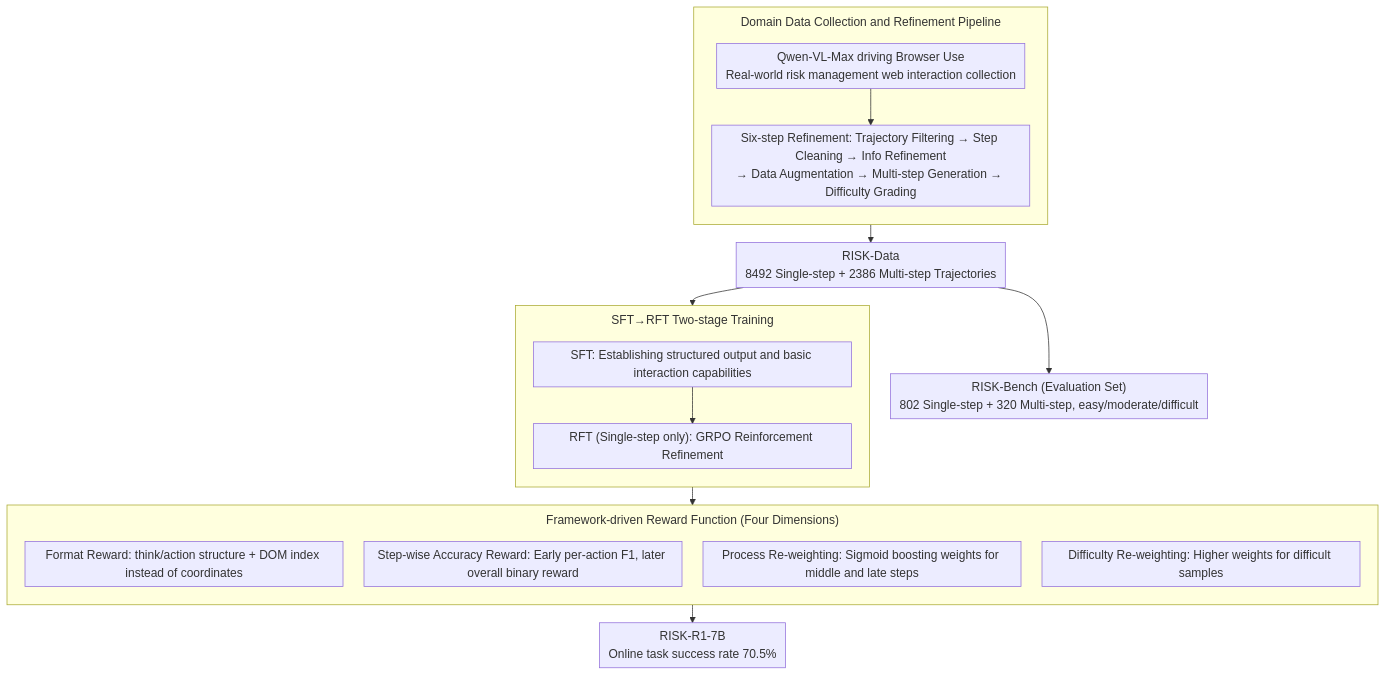
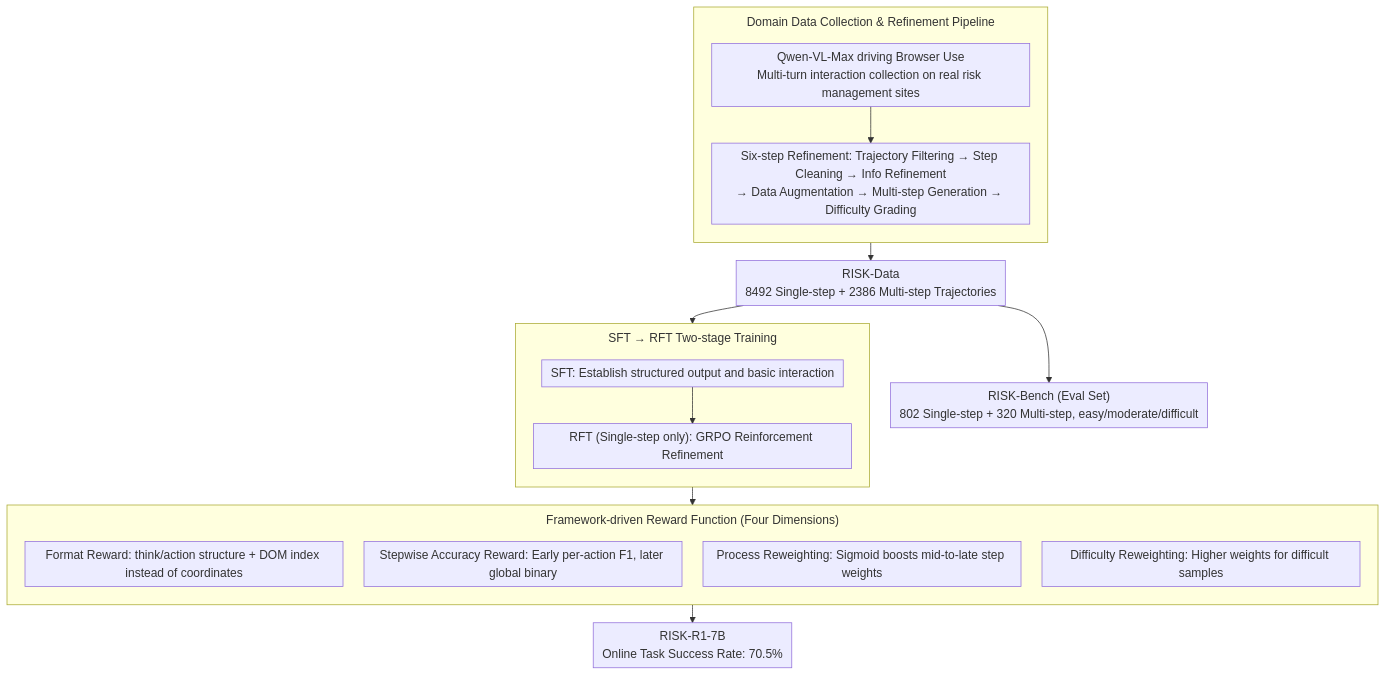
Before and after one commit to zhaoyang97/Paper-Notes-en: the diagram in docs/ACL2026/llm_safety/risk_a_framework_for_gui_agents_in_e-commerce_risk_management.md, drawn with Mermaid. The commit also changed other lines of this file and 5084 other files, not shown here.

````diff
--- a/docs/ACL2026/llm_safety/risk_a_framework_for_gui_agents_in_e-commerce_risk_management.md
+++ b/docs/ACL2026/llm_safety/risk_a_framework_for_gui_agents_in_e-commerce_risk_management.md
@@ -44,25 +44,25 @@
 ```mermaid
 %%{init: {'flowchart': {'rankSpacing': 24, 'nodeSpacing': 28, 'padding': 6, 'wrappingWidth': 400, 'subGraphTitleMargin': {'top': 8, 'bottom': 16}}}}%%
 flowchart TD
-    A["Qwen-VL-Max driving Browser Use<br/>Real-world risk management web interaction collection"]
-    subgraph REFINE["Domain Data Collection and Refinement Pipeline"]
+    A["Qwen-VL-Max driving Browser Use<br/>Multi-turn interaction collection on real risk management sites"]
+    subgraph REFINE["Domain Data Collection & Refinement Pipeline"]
         direction TB
         A --> B["Six-step Refinement: Trajectory Filtering → Step Cleaning → Info Refinement<br/>→ Data Augmentation → Multi-step Generation → Difficulty Grading"]
     end
     REFINE --> C["RISK-Data<br/>8492 Single-step + 2386 Multi-step Trajectories"]
-    C --> BENCH["RISK-Bench (Evaluation Set)<br/>802 Single-step + 320 Multi-step, easy/moderate/difficult"]
-    subgraph TRAIN["SFT→RFT Two-stage Training"]
+    C --> BENCH["RISK-Bench (Eval Set)<br/>802 Single-step + 320 Multi-step, easy/moderate/difficult"]
+    subgraph TRAIN["SFT → RFT Two-stage Training"]
         direction TB
-        SFT["SFT: Establishing structured output and basic interaction capabilities"] --> RFT["RFT (Single-step only): GRPO Reinforcement Refinement"]
+        SFT["SFT: Establish structured output and basic interaction"] --> RFT["RFT (Single-step only): GRPO Reinforcement Refinement"]
     end
     C --> SFT
     subgraph REWARD["Framework-driven Reward Function (Four Dimensions)"]
         direction TB
         R1["Format Reward: think/action structure + DOM index instead of coordinates"]
-        R2["Step-wise Accuracy Reward: Early per-action F1, later overall binary reward"]
-        R3["Process Re-weighting: Sigmoid boosting weights for middle and late steps"]
-        R4["Difficulty Re-weighting: Higher weights for difficult samples"]
+        R2["Stepwise Accuracy Reward: Early per-action F1, later global binary"]
+        R3["Process Reweighting: Sigmoid boosts mid-to-late step weights"]
+        R4["Difficulty Reweighting: Higher weights for difficult samples"]
     end
     RFT --> REWARD
-    REWARD --> OUT["RISK-R1-7B<br/>Online task success rate 70.5%"]
+    REWARD --> OUT["RISK-R1-7B<br/>Online Task Success Rate: 70.5%"]
 ```
````
